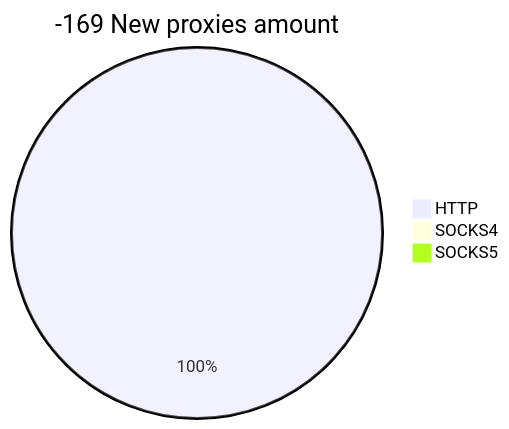
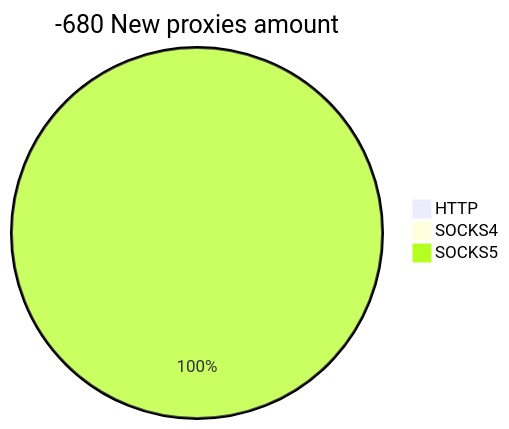
Before and after one commit to cutipu/proxylist: the second of 2 diagrams in README.md, drawn with Mermaid. The commit also changed other lines of this file, not shown here.

````diff
--- a/README.md
+++ b/README.md
@@ -10,6 +10,6 @@
 ```mermaid
-pie title -169 New proxies amount
-    "HTTP" : 45
+pie title -680 New proxies amount
+    "HTTP" : 0
     "SOCKS4" : 0
-    "SOCKS5" : 0
+    "SOCKS5" : 93
 ```
````
